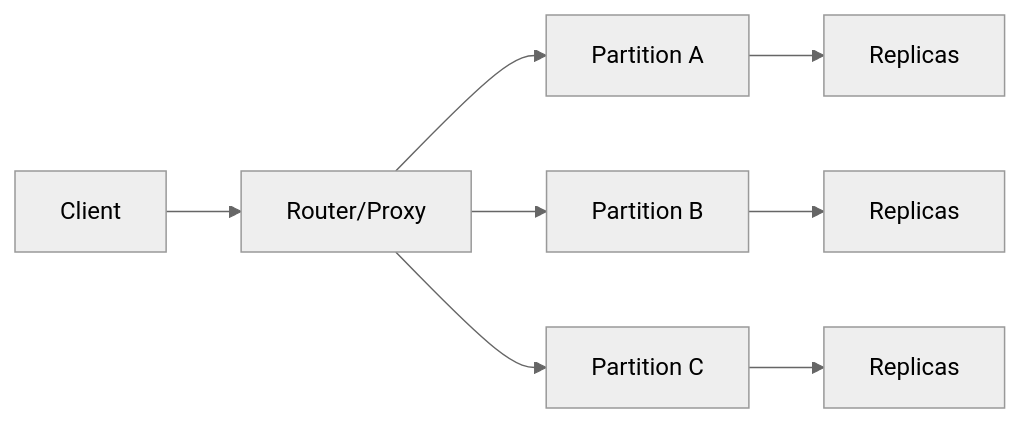
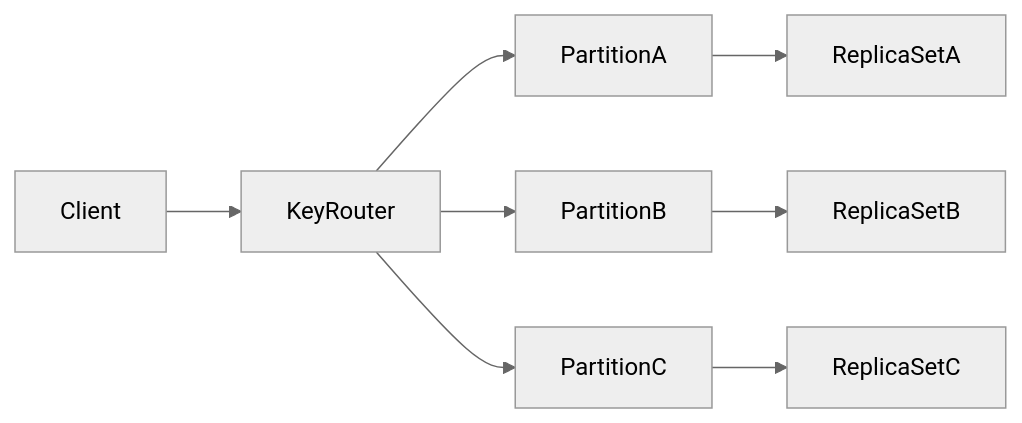
One commit to GabrielAlmeidaFlores/Senior-Software-Architect changed the first of 2 diagrams in database/database-masterclass/03-nosql-paradigms/04-key-value-architecture-and-design-decisions.md. Above: the diagram before and after it, drawn with Mermaid (neutral theme). The commit also changed other lines of this file and 19 other files, not shown here.

````diff
--- a/database/database-masterclass/03-nosql-paradigms/04-key-value-architecture-and-design-decisions.md
+++ b/database/database-masterclass/03-nosql-paradigms/04-key-value-architecture-and-design-decisions.md
@@ -24,10 +18,10 @@
 ```mermaid
 flowchart LR
-    C[Client] --> R[Router/Proxy]
-    R --> P1[Partition A]
-    R --> P2[Partition B]
-    R --> P3[Partition C]
-    P1 --> REP1[Replicas]
-    P2 --> REP2[Replicas]
-    P3 --> REP3[Replicas]
+    client[Client] --> router[KeyRouter]
+    router --> partitionA[PartitionA]
+    router --> partitionB[PartitionB]
+    router --> partitionC[PartitionC]
+    partitionA --> replicasA[ReplicaSetA]
+    partitionB --> replicasB[ReplicaSetB]
+    partitionC --> replicasC[ReplicaSetC]
 ```
````
